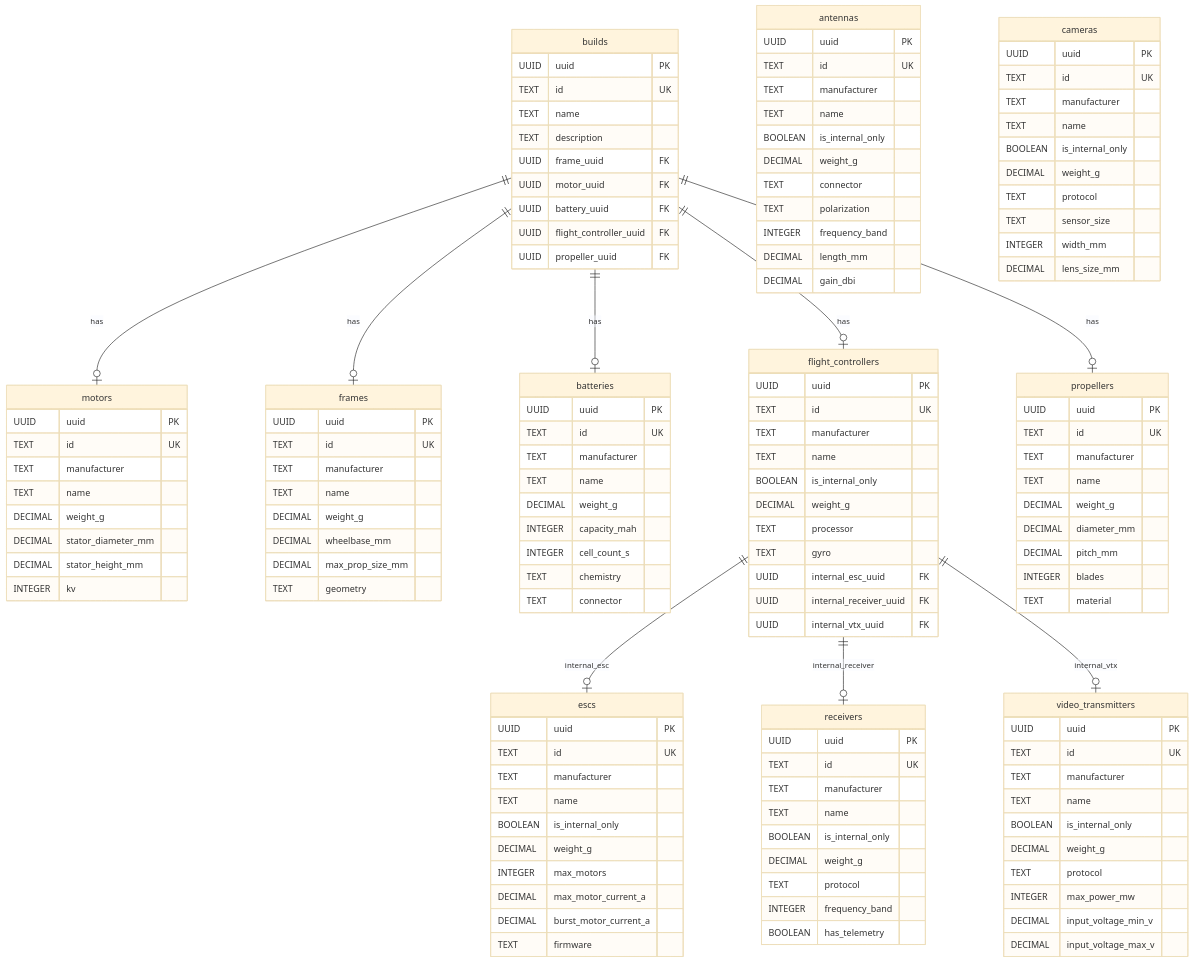
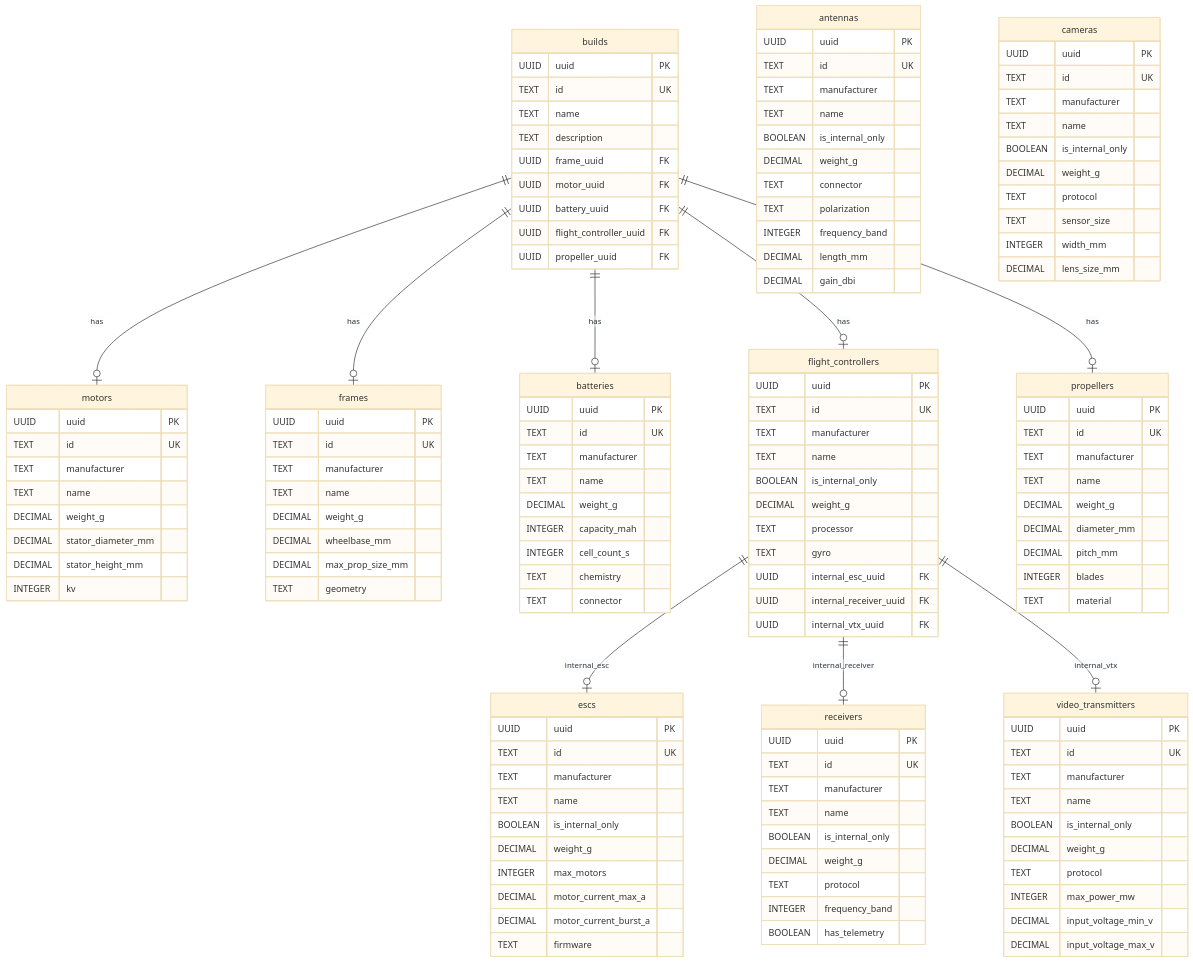
The diagram in backend/db/diagram.mermaid (rohitramu/quadsmith), drawn with Mermaid (base theme) before and after one commit. The commit also changed 7 other files, not shown here.

Commit message:
Rename ESC current fields to motor_current_max_a and motor_current_burst_a

```diff
--- a/backend/db/diagram.mermaid
+++ b/backend/db/diagram.mermaid
@@ -1,147 +1,147 @@
 erDiagram
     builds {
         UUID uuid PK
         TEXT id UK
         TEXT name
         TEXT description
         UUID frame_uuid FK
         UUID motor_uuid FK
         UUID battery_uuid FK
         UUID flight_controller_uuid FK
         UUID propeller_uuid FK
     }
 
     motors {
         UUID uuid PK
         TEXT id UK
         TEXT manufacturer
         TEXT name
         DECIMAL weight_g
         DECIMAL stator_diameter_mm
         DECIMAL stator_height_mm
         INTEGER kv
     }
 
     frames {
         UUID uuid PK
         TEXT id UK
         TEXT manufacturer
         TEXT name
         DECIMAL weight_g
         DECIMAL wheelbase_mm
         DECIMAL max_prop_size_mm
         TEXT geometry
     }
 
     batteries {
         UUID uuid PK
         TEXT id UK
         TEXT manufacturer
         TEXT name
         DECIMAL weight_g
         INTEGER capacity_mah
         INTEGER cell_count_s
         TEXT chemistry
         TEXT connector
     }
 
     flight_controllers {
         UUID uuid PK
         TEXT id UK
         TEXT manufacturer
         TEXT name
         BOOLEAN is_internal_only
         DECIMAL weight_g
         TEXT processor
         TEXT gyro
         UUID internal_esc_uuid FK
         UUID internal_receiver_uuid FK
         UUID internal_vtx_uuid FK
     }
 
     escs {
         UUID uuid PK
         TEXT id UK
         TEXT manufacturer
         TEXT name
         BOOLEAN is_internal_only
         DECIMAL weight_g
         INTEGER max_motors
-        DECIMAL max_motor_current_a
-        DECIMAL burst_motor_current_a
+        DECIMAL motor_current_max_a
+        DECIMAL motor_current_burst_a
         TEXT firmware
     }
 
     receivers {
         UUID uuid PK
         TEXT id UK
         TEXT manufacturer
         TEXT name
         BOOLEAN is_internal_only
         DECIMAL weight_g
         TEXT protocol
         INTEGER frequency_band
         BOOLEAN has_telemetry
     }
 
     video_transmitters {
         UUID uuid PK
         TEXT id UK
         TEXT manufacturer
         TEXT name
         BOOLEAN is_internal_only
         DECIMAL weight_g
         TEXT protocol
         INTEGER max_power_mw
         DECIMAL input_voltage_min_v
         DECIMAL input_voltage_max_v
     }
 
     antennas {
         UUID uuid PK
         TEXT id UK
         TEXT manufacturer
         TEXT name
         BOOLEAN is_internal_only
         DECIMAL weight_g
         TEXT connector
         TEXT polarization
         INTEGER frequency_band
         DECIMAL length_mm
         DECIMAL gain_dbi
     }
 
     propellers {
         UUID uuid PK
         TEXT id UK
         TEXT manufacturer
         TEXT name
         DECIMAL weight_g
         DECIMAL diameter_mm
         DECIMAL pitch_mm
         INTEGER blades
         TEXT material
     }
 
     cameras {
         UUID uuid PK
         TEXT id UK
         TEXT manufacturer
         TEXT name
         BOOLEAN is_internal_only
         DECIMAL weight_g
         TEXT protocol
         TEXT sensor_size
         INTEGER width_mm
         DECIMAL lens_size_mm
     }
 
     builds ||--o| frames : has
     builds ||--o| motors : has
     builds ||--o| batteries : has
     builds ||--o| flight_controllers : has
     builds ||--o| propellers : has
 
     flight_controllers ||--o| escs : internal_esc
     flight_controllers ||--o| receivers : internal_receiver
     flight_controllers ||--o| video_transmitters : internal_vtx
```
